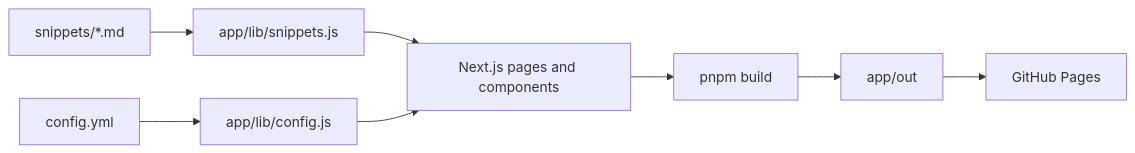
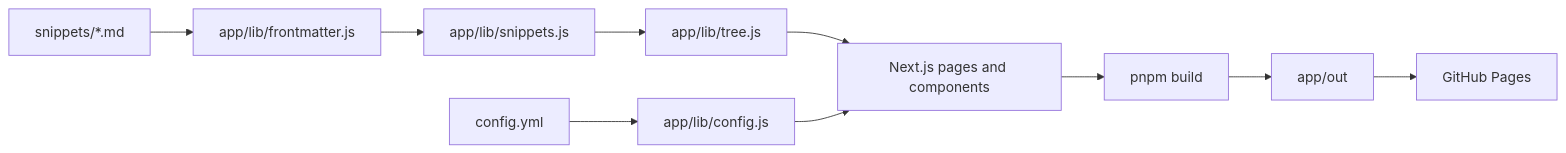
Before and after one commit to jjgroenendijk/prompts: the diagram in AGENTS.md, drawn with Mermaid. The commit also changed other lines of this file and 163 other files, not shown here.

````diff
--- a/AGENTS.md
+++ b/AGENTS.md
@@ -38,10 +27,12 @@
 ```mermaid
 flowchart LR
-  snippets[snippets/*.md] --> loader[app/lib/snippets.js]
+  snippets[snippets/*.md] --> fm[app/lib/frontmatter.js]
+  fm --> loader[app/lib/snippets.js]
+  loader --> tree[app/lib/tree.js]
   config[config.yml] --> site[app/lib/config.js]
-  loader --> ui[Next.js pages and components]
+  tree --> ui[Next.js pages and components]
   site --> ui
   ui --> build[pnpm build]
   build --> out[app/out]
   out --> pages[GitHub Pages]
 ```
````
